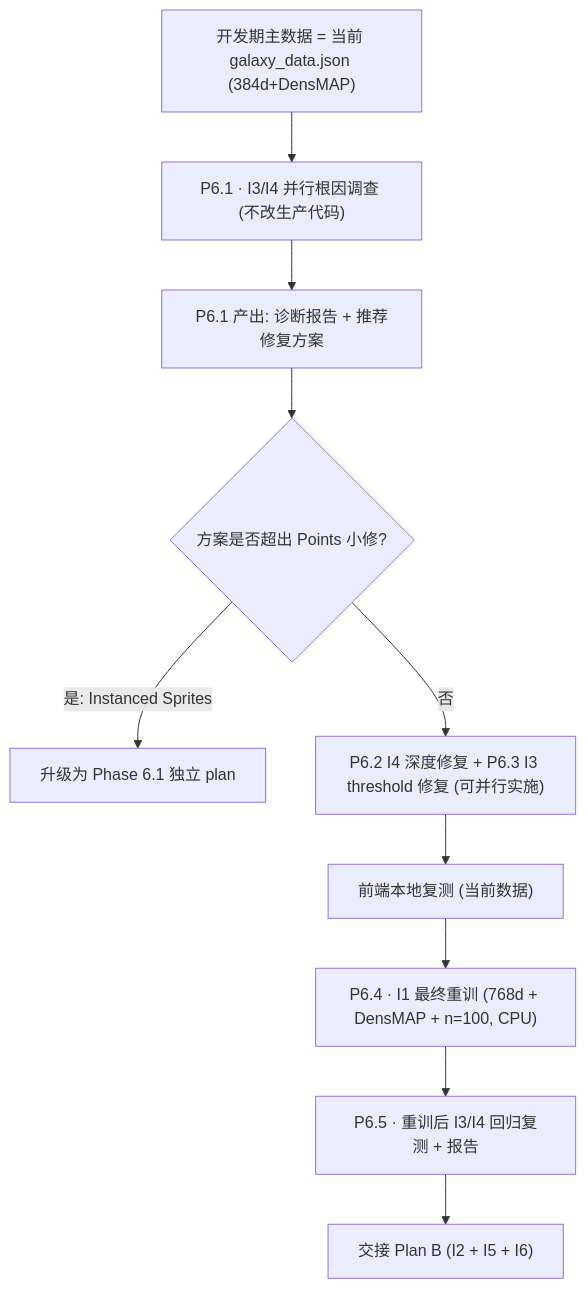
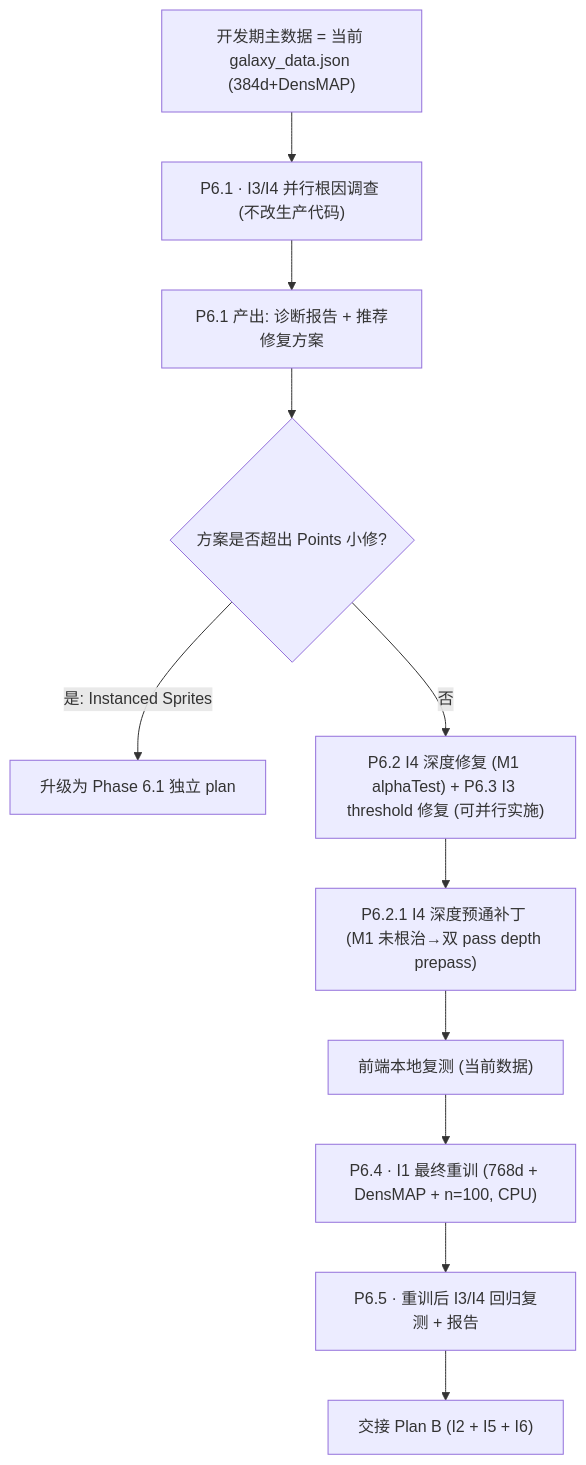
One commit to XYBuilds/chronicle_v3_3d_galaxy changed the diagram in .cursor/plans/phase_6_i1_i3_i4_adfb5e1b.plan.md. Above: the diagram before and after it, drawn with Mermaid. The commit also changed other lines of this file, not shown here.

````diff
--- a/.cursor/plans/phase_6_i1_i3_i4_adfb5e1b.plan.md
+++ b/.cursor/plans/phase_6_i1_i3_i4_adfb5e1b.plan.md
@@ -39,14 +42,15 @@
 ```mermaid
 flowchart TD
     Start["开发期主数据 = 当前 galaxy_data.json (384d+DensMAP)"]
     Start --> D["P6.1 · I3/I4 并行根因调查 (不改生产代码)"]
     D --> R["P6.1 产出: 诊断报告 + 推荐修复方案"]
     R --> Escalate{"方案是否超出 Points 小修?"}
     Escalate -->|"是: Instanced Sprites"| P61["升级为 Phase 6.1 独立 plan"]
     Escalate -->|"否"| Fix
-    Fix["P6.2 I4 深度修复 + P6.3 I3 threshold 修复 (可并行实施)"]
-    Fix --> Smoke["前端本地复测 (当前数据)"]
+    Fix["P6.2 I4 深度修复 (M1 alphaTest) + P6.3 I3 threshold 修复 (可并行实施)"]
+    Fix --> P621["P6.2.1 I4 深度预通补丁 (M1 未根治→双 pass depth prepass)"]
+    P621 --> Smoke["前端本地复测 (当前数据)"]
     Smoke --> Retrain["P6.4 · I1 最终重训 (768d + DensMAP + n=100, CPU)"]
     Retrain --> Regress["P6.5 · 重训后 I3/I4 回归复测 + 报告"]
     Regress --> HandoffB["交接 Plan B (I2 + I5 + I6)"]
 ```
````
